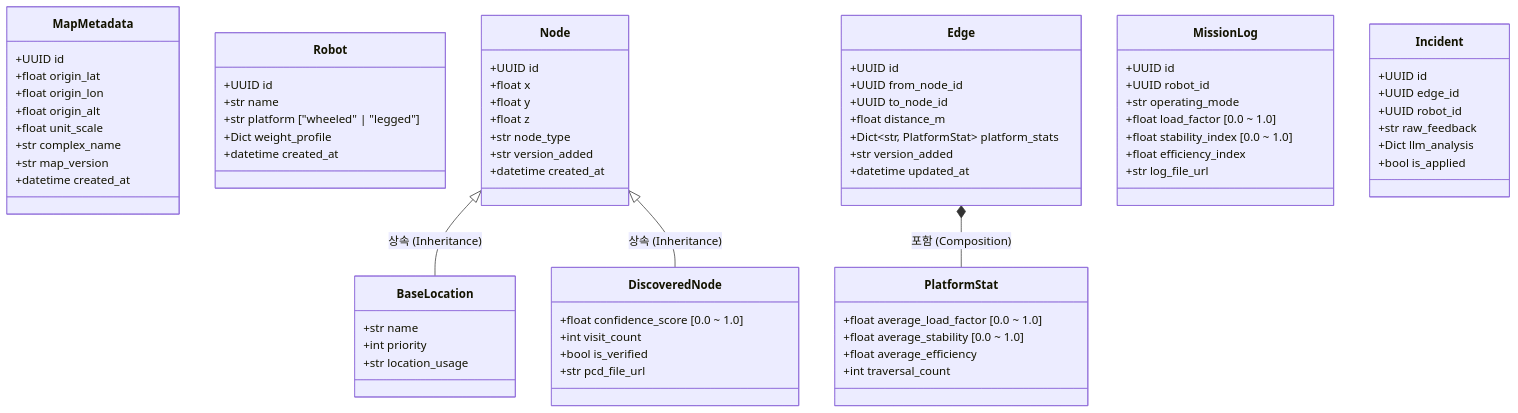
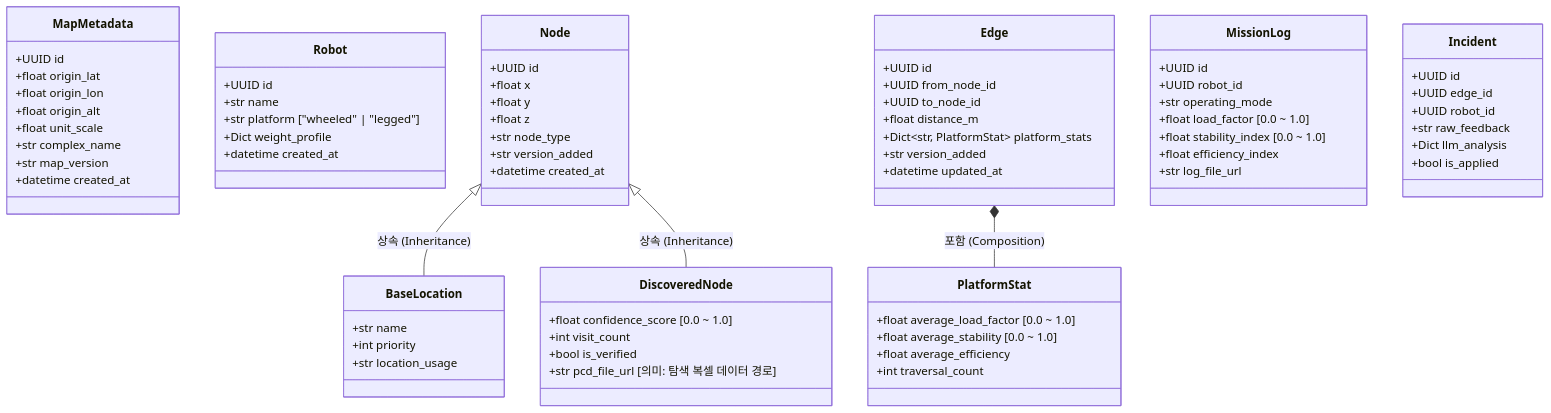
The diagram in 0_Document/ROBO-Path_Domain_Models_Architecture.md (kimsunwook01/ROBO-Path_github), drawn with Mermaid before and after one commit. The commit also changed other lines of this file and 4 other files, not shown here.

````diff
--- a/0_Document/ROBO-Path_Domain_Models_Architecture.md
+++ b/0_Document/ROBO-Path_Domain_Models_Architecture.md
@@ -20,82 +20,82 @@
 ```mermaid
 classDiagram
     %% 메타데이터
     class MapMetadata {
         +UUID id
         +float origin_lat
         +float origin_lon
         +float origin_alt
         +float unit_scale
         +str complex_name
         +str map_version
         +datetime created_at
     }
     class Robot {
         +UUID id
         +str name
         +str platform ["wheeled" | "legged"]
         +Dict weight_profile
         +datetime created_at
     }
 
     %% 노드 계층
     class Node {
         +UUID id
         +float x
         +float y
         +float z
         +str node_type
         +str version_added
         +datetime created_at
     }
     class BaseLocation {
         +str name
         +int priority
         +str location_usage
     }
     class DiscoveredNode {
         +float confidence_score [0.0 ~ 1.0]
         +int visit_count
         +bool is_verified
-        +str pcd_file_url
+        +str pcd_file_url [의미: 탐색 복셀 데이터 경로]
     }
     Node <|-- BaseLocation : 상속 (Inheritance)
     Node <|-- DiscoveredNode : 상속 (Inheritance)
 
     %% 엣지 계층
     class Edge {
         +UUID id
         +UUID from_node_id
         +UUID to_node_id
         +float distance_m
         +Dict~str, PlatformStat~ platform_stats
         +str version_added
         +datetime updated_at
     }
     class PlatformStat {
         +float average_load_factor [0.0 ~ 1.0]
         +float average_stability [0.0 ~ 1.0]
         +float average_efficiency
         +int traversal_count
     }
     Edge *-- PlatformStat : 포함 (Composition)
 
     %% 로그 및 피드백
     class MissionLog {
         +UUID id
         +UUID robot_id
         +str operating_mode
         +float load_factor [0.0 ~ 1.0]
         +float stability_index [0.0 ~ 1.0]
         +float efficiency_index
         +str log_file_url
     }
     class Incident {
         +UUID id
         +UUID edge_id
         +UUID robot_id
         +str raw_feedback
         +Dict llm_analysis
         +bool is_applied
     }
 ```
````
